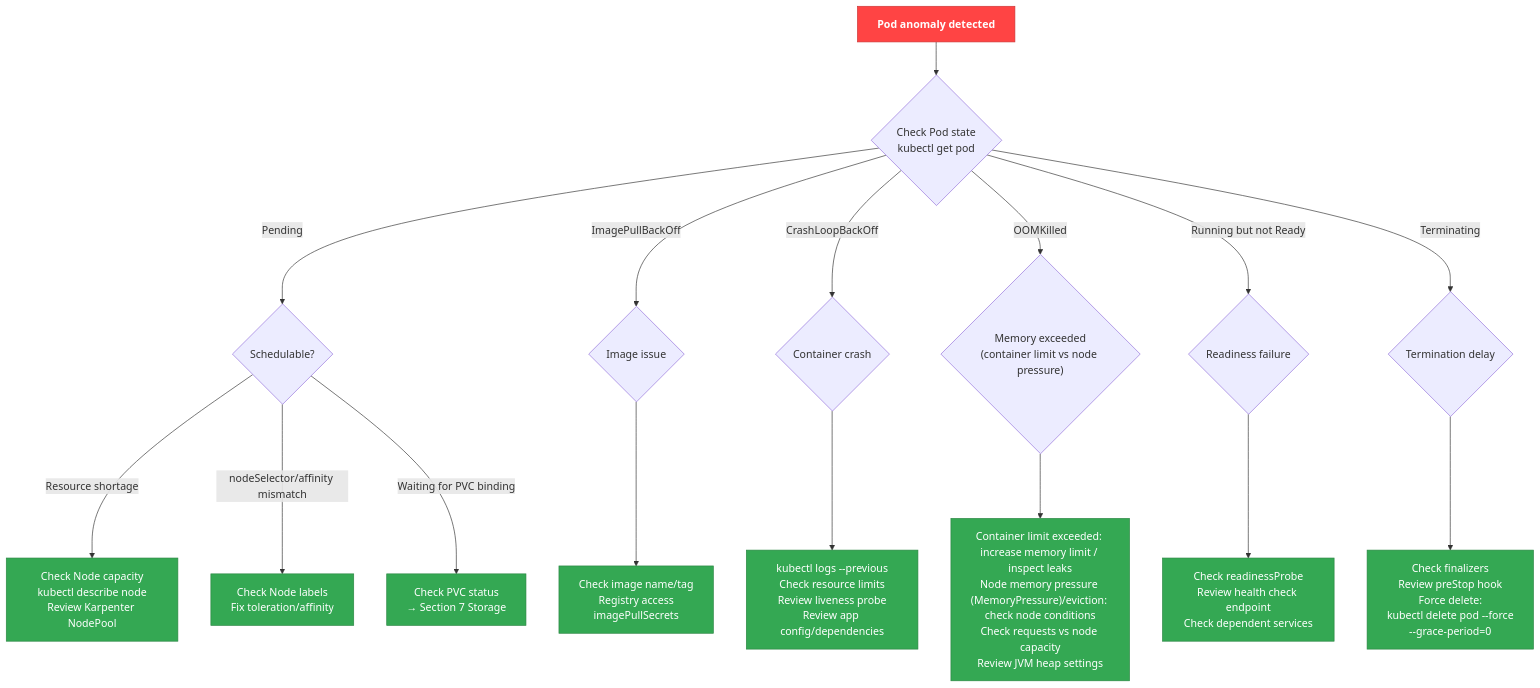
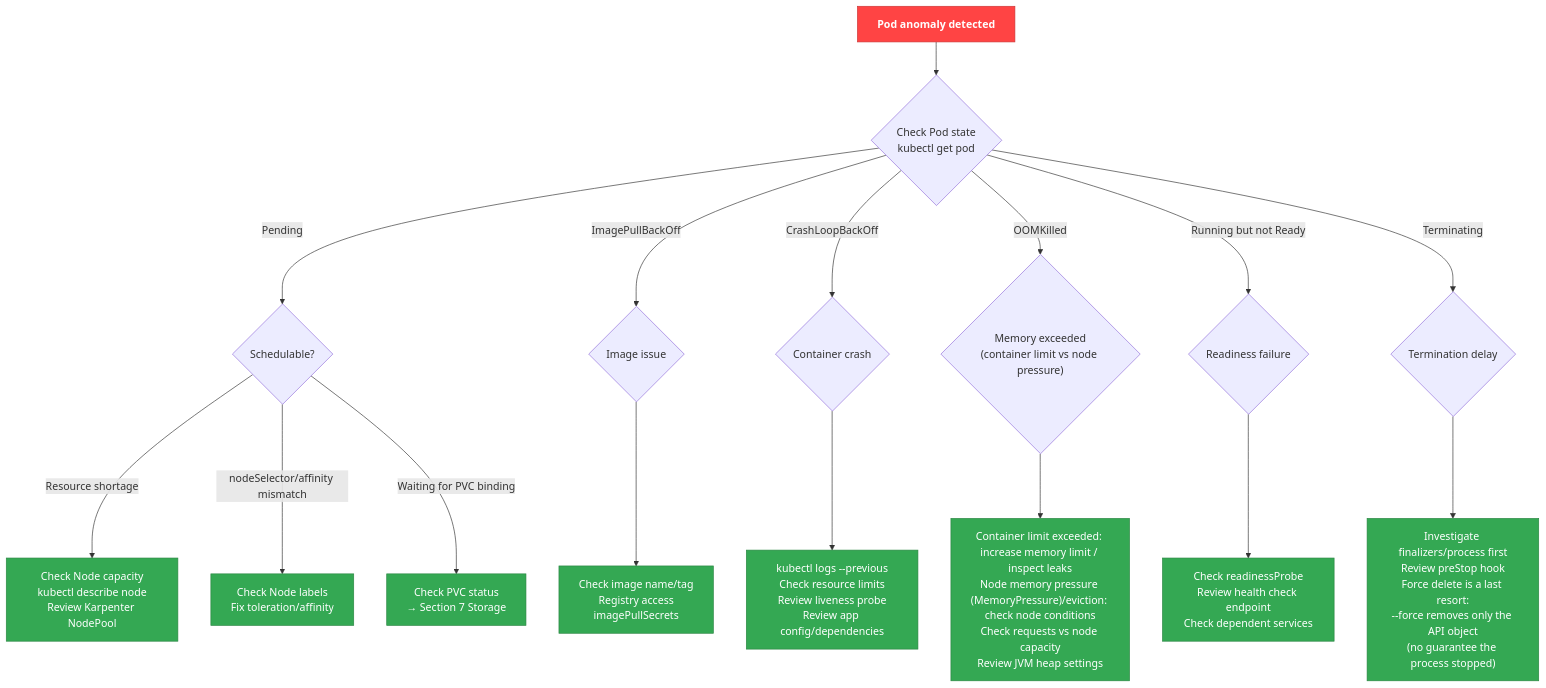
Before and after one commit to devfloor9/engineering-playbook: the first of 3 diagrams in docs/eks-best-practices/operations-reliability/eks-debugging/workload.md, drawn with Mermaid. The commit also changed other lines of this file and 5 other files, not shown here.

````diff
--- a/docs/eks-best-practices/operations-reliability/eks-debugging/workload.md
+++ b/docs/eks-best-practices/operations-reliability/eks-debugging/workload.md
@@ -24,54 +24,54 @@
 ```mermaid
 flowchart TD
     START["`**Pod anomaly detected**`"] --> STATUS{"`Check Pod state
     kubectl get pod`"}
 
     STATUS -->|Pending| PENDING{"`Schedulable?`"}
     PENDING -->|Resource shortage| PEND_RES["`Check Node capacity
     kubectl describe node
     Review Karpenter NodePool`"]
     PENDING -->|nodeSelector/affinity mismatch| PEND_LABEL["`Check Node labels
     Fix toleration/affinity`"]
     PENDING -->|Waiting for PVC binding| PEND_PVC["`Check PVC status
     → Section 7 Storage`"]
 
     STATUS -->|ImagePullBackOff| IMG{"`Image issue`"}
     IMG --> IMG_FIX["`Check image name/tag
     Registry access
     imagePullSecrets`"]
 
     STATUS -->|CrashLoopBackOff| CRASH{"`Container crash`"}
     CRASH --> CRASH_FIX["`kubectl logs --previous
     Check resource limits
     Review liveness probe
     Review app config/dependencies`"]
 
     STATUS -->|OOMKilled| OOM{"`Memory exceeded
     (container limit vs node pressure)`"}
     OOM --> OOM_FIX["`Container limit exceeded: increase memory limit / inspect leaks
     Node memory pressure (MemoryPressure)/eviction: check node conditions
     Check requests vs node capacity
     Review JVM heap settings`"]
 
     STATUS -->|Running but not Ready| READY{"`Readiness failure`"}
     READY --> READY_FIX["`Check readinessProbe
     Review health check endpoint
     Check dependent services`"]
 
     STATUS -->|Terminating| TERM{"`Termination delay`"}
-    TERM --> TERM_FIX["`Check finalizers
+    TERM --> TERM_FIX["`Investigate finalizers/process first
     Review preStop hook
-    Force delete:
-    kubectl delete pod --force
-    --grace-period=0`"]
+    Force delete is a last resort:
+    --force removes only the API object
+    (no guarantee the process stopped)`"]
 
     style START fill:#ff4444,stroke:#cc3636,color:#fff
     style PEND_RES fill:#34a853,stroke:#2a8642,color:#fff
     style PEND_LABEL fill:#34a853,stroke:#2a8642,color:#fff
     style PEND_PVC fill:#34a853,stroke:#2a8642,color:#fff
     style IMG_FIX fill:#34a853,stroke:#2a8642,color:#fff
     style CRASH_FIX fill:#34a853,stroke:#2a8642,color:#fff
     style OOM_FIX fill:#34a853,stroke:#2a8642,color:#fff
     style READY_FIX fill:#34a853,stroke:#2a8642,color:#fff
     style TERM_FIX fill:#34a853,stroke:#2a8642,color:#fff
 ```
````
